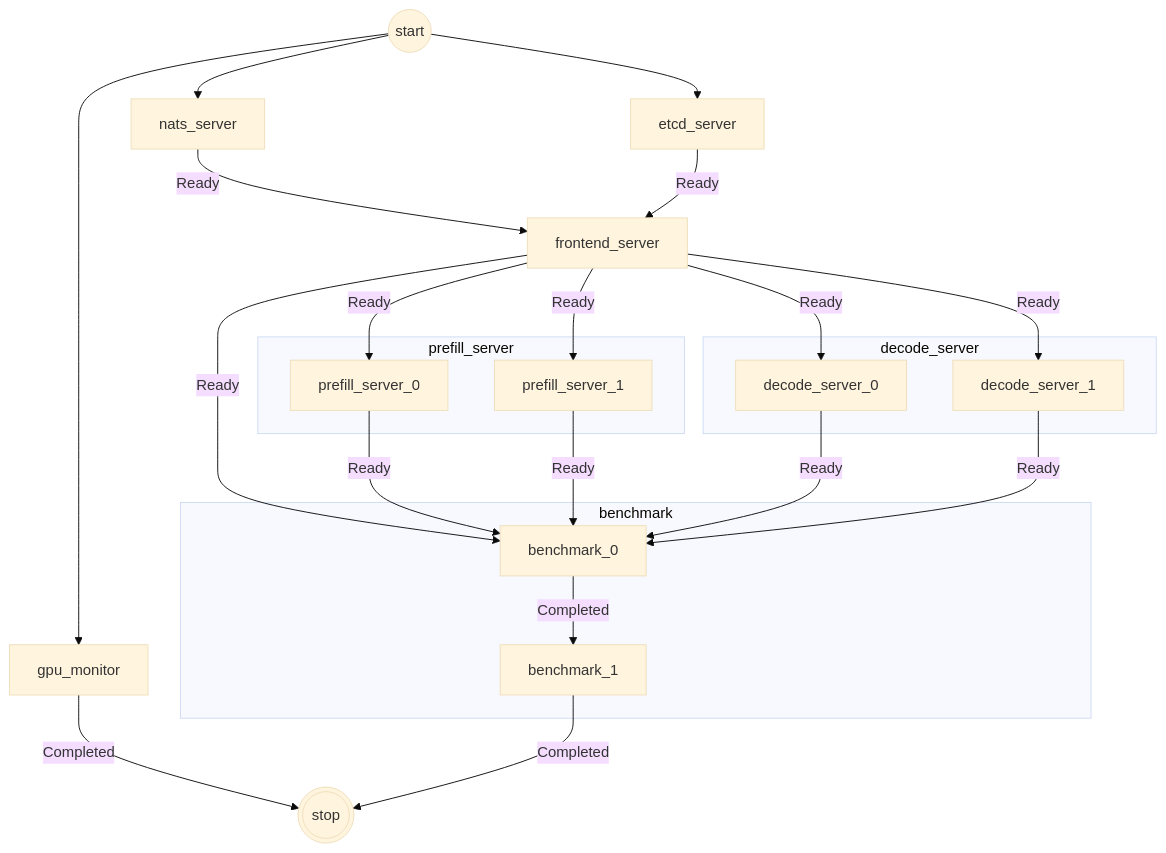
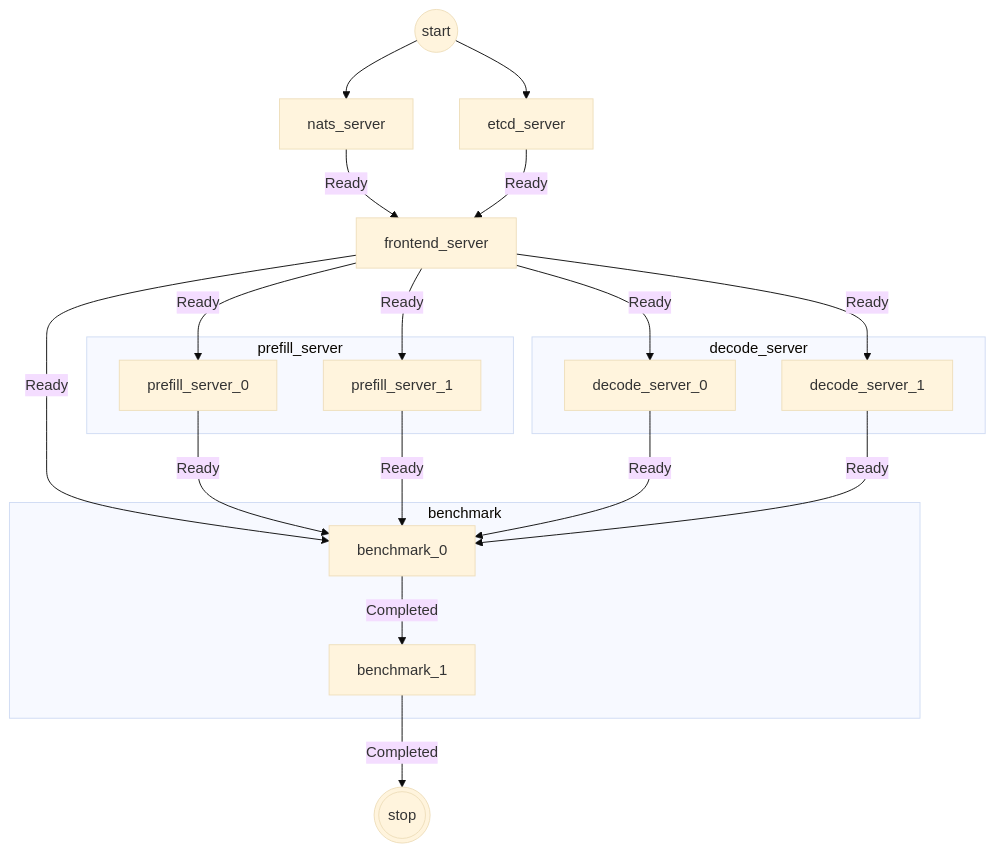
Before and after one commit to NVIDIA/nv-sflow: the first of 3 diagrams in docs/user/intro.md, drawn with Mermaid (base theme). The commit also changed other lines of this file and 235 other files, not shown here.

````diff
--- a/docs/user/intro.md
+++ b/docs/user/intro.md
@@ -41,44 +45,41 @@
 ```mermaid
 graph TD
   start((start))
   stop(((stop)))
 
   subgraph "prefill_server"
     prefill_server_0
     prefill_server_1
   end
   subgraph "decode_server"
     decode_server_0
     decode_server_1
   end
   subgraph "benchmark"
     benchmark_0
     benchmark_1
     benchmark_0 -- Completed --> benchmark_1
   end
 
-  gpu_monitor["gpu_monitor"]
   nats_server["nats_server"]
   etcd_server["etcd_server"]
   frontend_server["frontend_server"]
 
-  start --> gpu_monitor
   start --> nats_server
   start --> etcd_server
 
   nats_server -- Ready --> frontend_server
   etcd_server -- Ready --> frontend_server
   frontend_server -- Ready --> prefill_server_0
   frontend_server -- Ready --> prefill_server_1
   frontend_server -- Ready --> decode_server_0
   frontend_server -- Ready --> decode_server_1
   frontend_server -- Ready --> benchmark_0
   prefill_server_0 -- Ready --> benchmark_0
   prefill_server_1 -- Ready --> benchmark_0
   decode_server_0 -- Ready --> benchmark_0
   decode_server_1 -- Ready --> benchmark_0
 
-  gpu_monitor -- Completed --> stop
   benchmark_1 -- Completed --> stop
 
 ```
````
